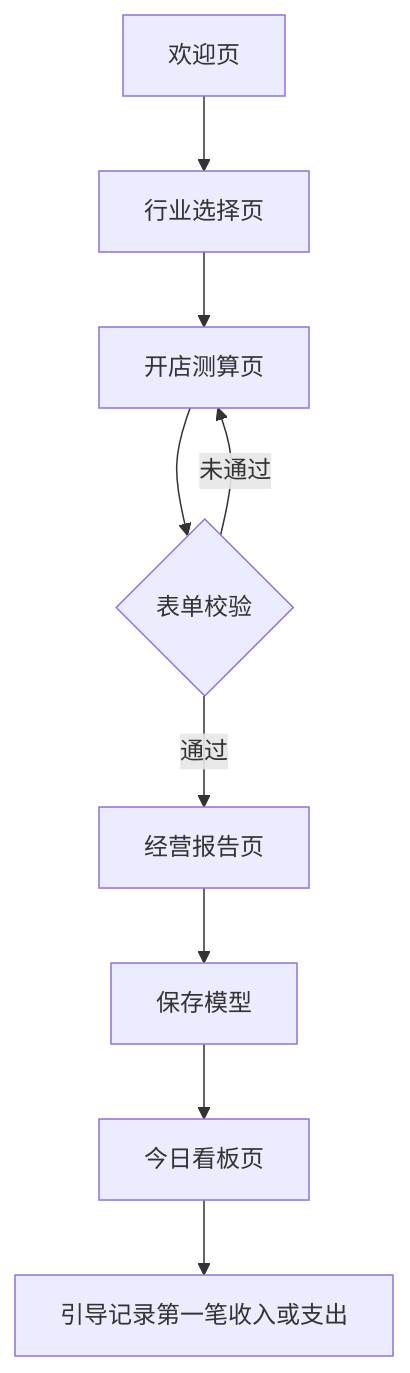
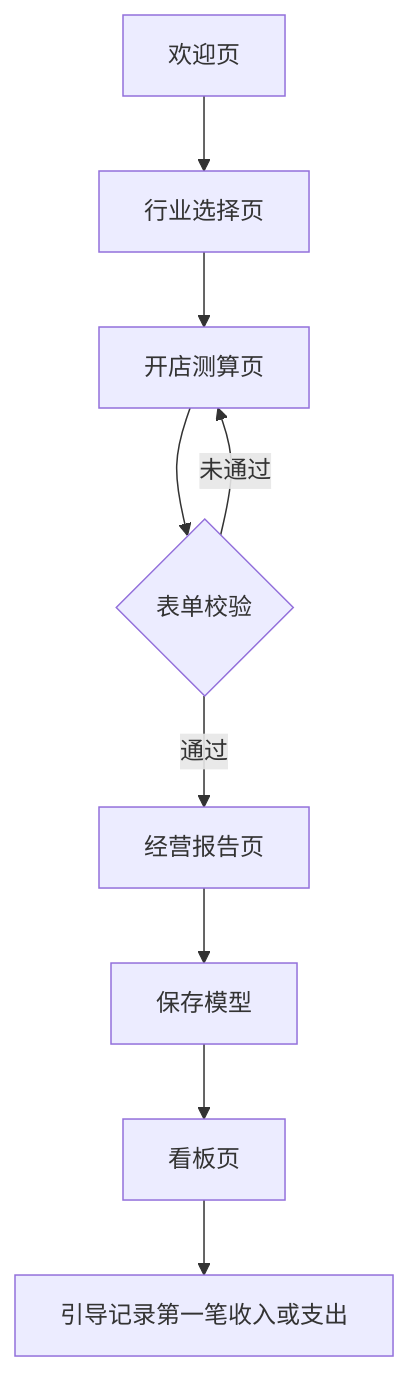
One commit to saopao/mini changed the first of 2 diagrams in docs/04-information-architecture.md. Above: the diagram before and after it, drawn with Mermaid. The commit also changed other lines of this file and 31 other files, not shown here.

````diff
--- a/docs/04-information-architecture.md
+++ b/docs/04-information-architecture.md
@@ -44,11 +47,11 @@
 ```mermaid
 flowchart TD
     A[欢迎页] --> B[行业选择页]
     B --> C[开店测算页]
     C --> D{表单校验}
     D -->|未通过| C
     D -->|通过| E[经营报告页]
     E --> F[保存模型]
-    F --> G[今日看板页]
+    F --> G[看板页]
     G --> H[引导记录第一笔收入或支出]
 ```
````
